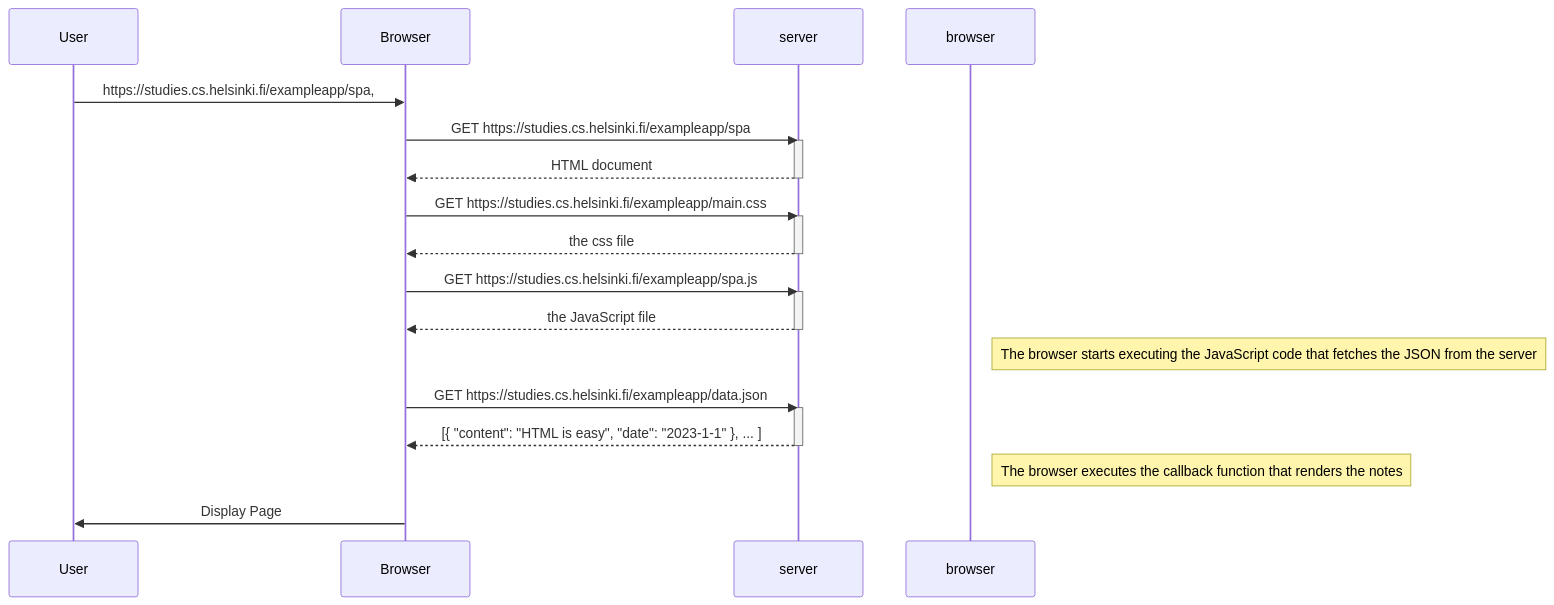
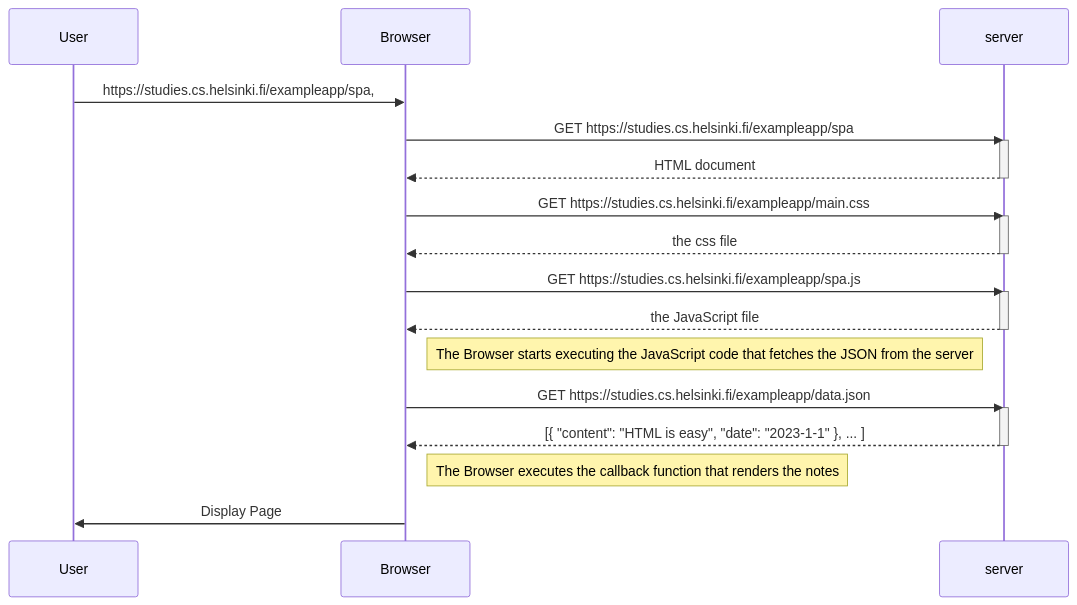
One commit to Pranathii04/Webde changed the diagram in t-0-d1.md. Above: the diagram before and after it, drawn with Mermaid.

````diff
--- a/t-0-d1.md
+++ b/t-0-d1.md
@@ -7,33 +7,33 @@
 ```mermaid
 sequenceDiagram
     participant User 
     participant Browser
     participant server 
     User->>Browser: https://studies.cs.helsinki.fi/exampleapp/spa,
     
     Browser->>server: GET https://studies.cs.helsinki.fi/exampleapp/spa
     activate server
     server-->>Browser: HTML document
     deactivate server
     
     Browser->>server: GET https://studies.cs.helsinki.fi/exampleapp/main.css
     activate server
     server-->>Browser: the css file
     deactivate server
     
     Browser->>server: GET https://studies.cs.helsinki.fi/exampleapp/spa.js
     activate server
     server-->>Browser: the JavaScript file
     deactivate server
 
-     Note right of browser: The browser starts executing the JavaScript code that fetches the JSON from the server
+     Note right of Browser: The Browser starts executing the JavaScript code that fetches the JSON from the server
      
     Browser->>server: GET https://studies.cs.helsinki.fi/exampleapp/data.json
     activate server
     server-->>Browser: [{ "content": "HTML is easy", "date": "2023-1-1" }, ... ]
     deactivate server    
 
-    Note right of browser: The browser executes the callback function that renders the notes 
+    Note right of Browser: The Browser executes the callback function that renders the notes 
     
     Browser->>User: Display Page
 ```
````
